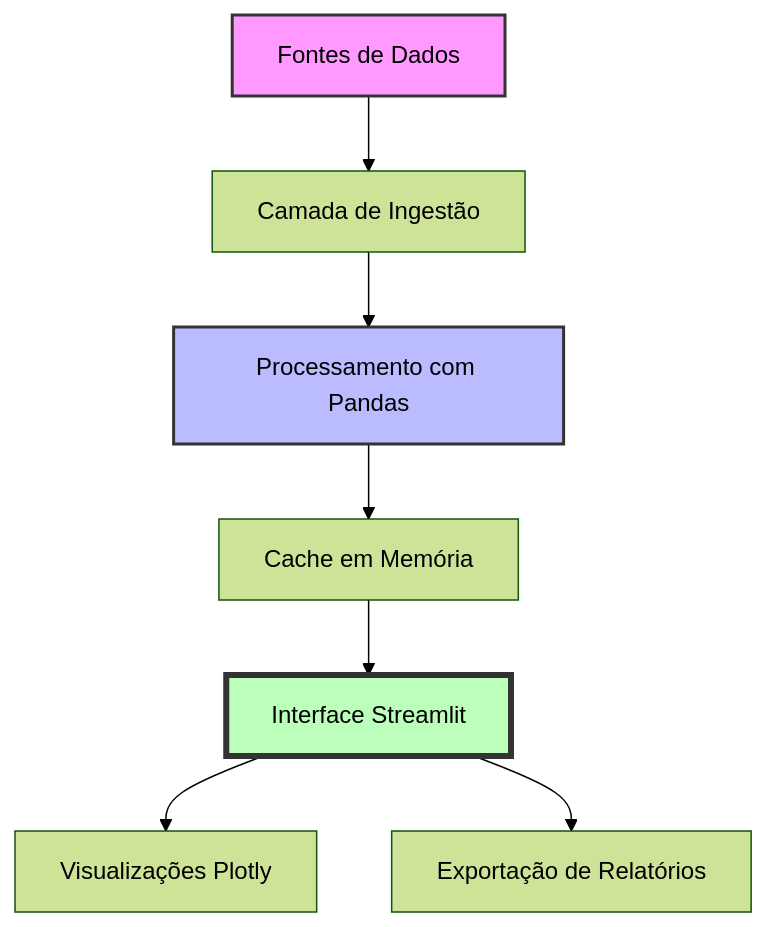
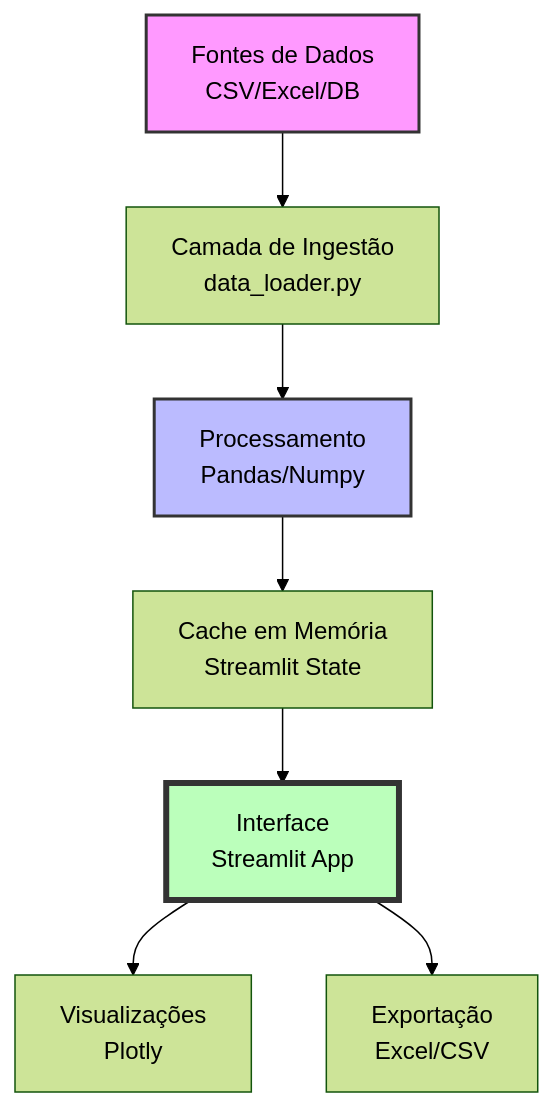
One commit to samuelmaiapro/analise-vendas-python changed the diagram in README.md. Above: the diagram before and after it, drawn with Mermaid (forest theme). The commit also changed other lines of this file, not shown here.

````diff
--- a/README.md
+++ b/README.md
@@ -326,13 +334,13 @@
 ```mermaid
 graph TD
-    A[Fontes de Dados] --> B[Camada de Ingestão]
-    B --> C[Processamento com Pandas]
-    C --> D[Cache em Memória]
-    D --> E[Interface Streamlit]
-    E --> F[Visualizações Plotly]
-    E --> G[Exportação de Relatórios]
+    A[Fontes de Dados<br>CSV/Excel/DB] --> B[Camada de Ingestão<br>data_loader.py]
+    B --> C[Processamento<br>Pandas/Numpy]
+    C --> D[Cache em Memória<br>Streamlit State]
+    D --> E[Interface<br>Streamlit App]
+    E --> F[Visualizações<br>Plotly]
+    E --> G[Exportação<br>Excel/CSV]
     
     style A fill:#f9f,stroke:#333,stroke-width:2px
     style C fill:#bbf,stroke:#333,stroke-width:2px
     style E fill:#bfb,stroke:#333,stroke-width:4px
 ```
````
